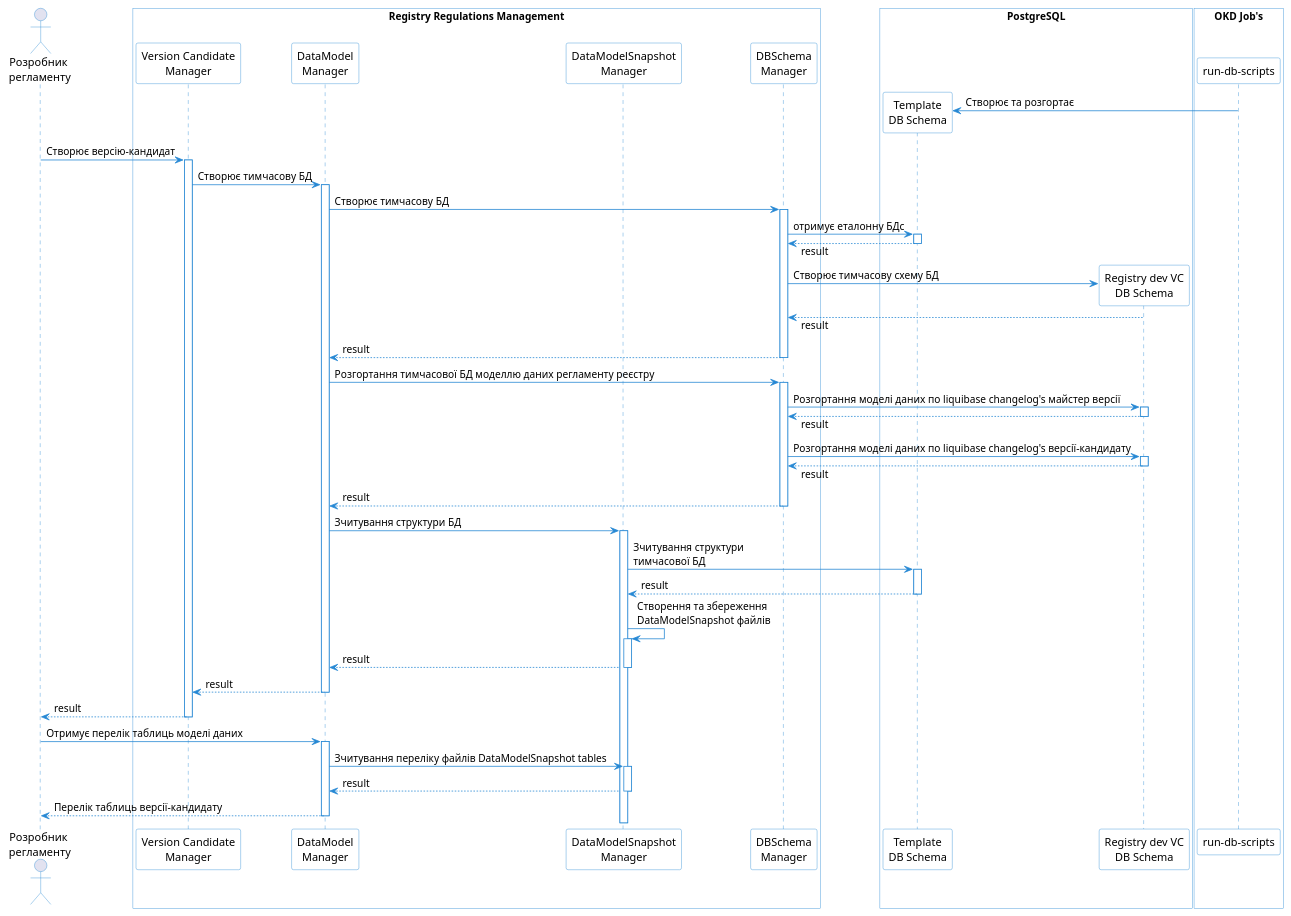
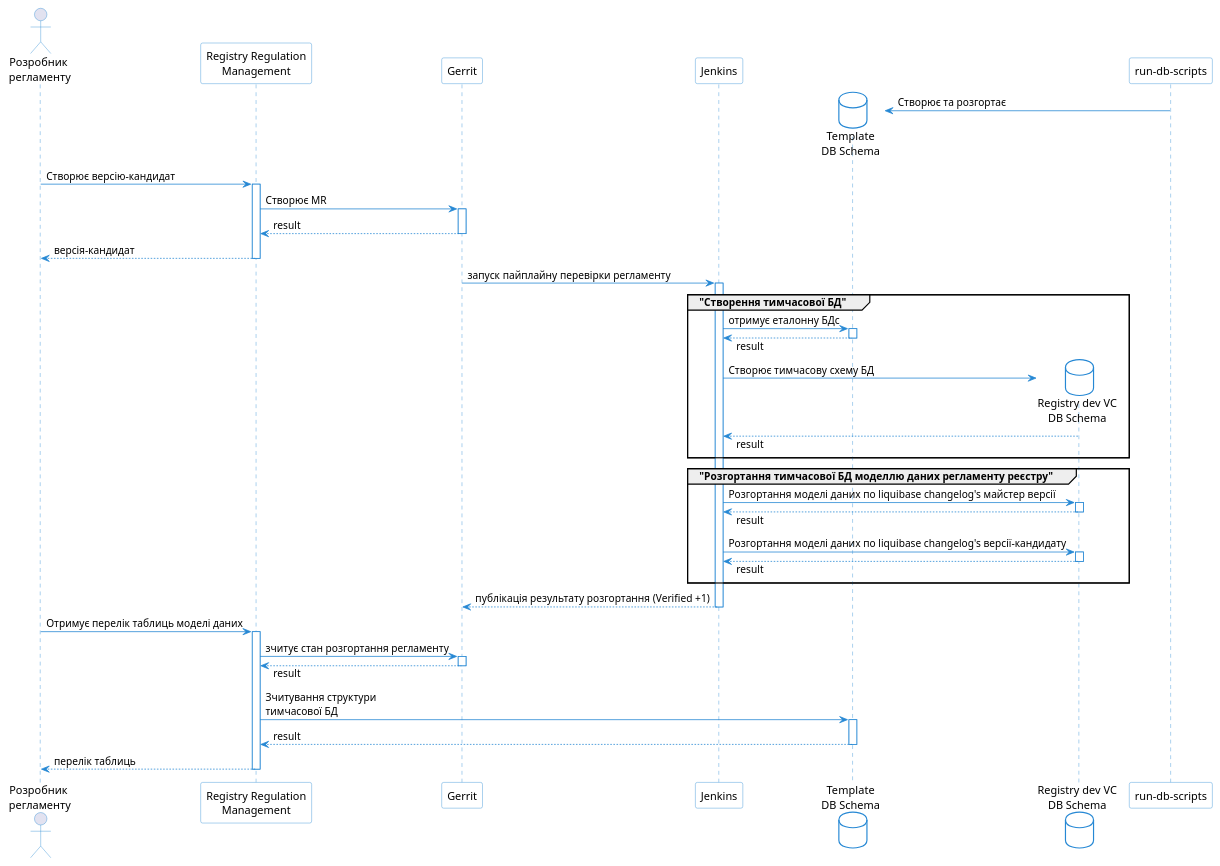
One commit to epam/edp-ddm-architecture changed the diagram in modules/arch/partials/architecture-workspace/platform-evolution/data-model-version-candidates/data-model-version-candidate-create-sequence.puml. Above: the diagram before and after it, drawn with PlantUML. The commit also changed 12 other files, not shown here.

Commit message:
[EDP-DDM-21858] Admin portal: change version-candidate data-model check approach

```diff
--- a/modules/arch/partials/architecture-workspace/platform-evolution/data-model-version-candidates/data-model-version-candidate-create-sequence.puml
+++ b/modules/arch/partials/architecture-workspace/platform-evolution/data-model-version-candidates/data-model-version-candidate-create-sequence.puml
@@ -1,81 +1,77 @@
 @startuml
 
 autoactivate on
 
 skinparam shadowing false
 skinparam DatabaseBackgroundColor white
 skinparam DatabaseBorderColor #2688d4
 skinparam QueueBackgroundColor white
 skinparam QueueBorderColor #2688d4
 skinparam NoteBackgroundColor white
 skinparam NoteBorderColor #2688d4
 skinparam sequence {
     ArrowColor #2688d4
     ActorBorderColor #2688d4
     LifeLineBorderColor #2688d4
     ParticipantBorderColor #2688d4
     ParticipantBackgroundColor white
     BoxBorderColor #2688d4
     BoxBackgroundColor white
 }
 
 skinparam responseMessageBelowArrow true
 
 actor "Розробник\n регламенту" as Dev
-'participant "Registry Regulations\nManagement" as RRM
 
+'box "Підсистема моделювання регламенту реєстру"
+  participant "Registry Regulation\nManagement" as rrm
+  participant "Gerrit" as gerrit
+'end box
 
-box "Registry Regulations Management"
-  participant "Version Candidate\nManager" as VCM
-  participant "DataModel\nManager" as TablesManager
-  participant "DataModelSnapshot\nManager" as SnapshotManager
-  participant "DBSchema\nManager" as DBSchemaManager
-end box
+'box "Підсистема розгортання регламенту реєстру"
+  participant "Jenkins" as jenkins
+'end box
 
+'box "PostgreSQL"
+  database "Template\nDB Schema" as TemplateDB
+  database "Registry dev VC\nDB Schema" as VCTemplateDB
+'end box
 
-box "PostgreSQL"
-  participant "Template\nDB Schema" as TemplateDB
-  participant "Registry dev VC\nDB Schema" as VCTemplateDB
-end box
-
-
-box "OKD Job's"
+'box "OKD Job's"
   participant "run-db-scripts" as OkdJob
-end box
+'end box
 
 OkdJob -> TemplateDB ** : Створює та розгортає
 
-'Create version candidate flow
-Dev -> VCM: Створює версію-кандидат
-  VCM -> TablesManager: Створює тимчасову БД
-    TablesManager -> DBSchemaManager: Створює тимчасову БД
-      DBSchemaManager -> TemplateDB: отримує еталонну БДc
-      DBSchemaManager <-- TemplateDB: result
-      DBSchemaManager -> VCTemplateDB ** : Створює тимчасову схему БД
-      DBSchemaManager <-- VCTemplateDB: result
-    DBSchemaManager --> TablesManager : result
+Dev -> rrm: Створює версію-кандидат
+  rrm -> gerrit: Створює MR
+  gerrit --> rrm: result
+rrm --> Dev: версія-кандидат
 
+gerrit -> jenkins: запуск пайплайну перевірки регламенту
 
-    TablesManager -> DBSchemaManager: Розгортання тимчасової БД моделлю даних регламенту реєстру
-      DBSchemaManager -> VCTemplateDB: Розгортання моделі даних по liquibase changelog's майстер версії
-      DBSchemaManager <-- VCTemplateDB: result
-      DBSchemaManager -> VCTemplateDB: Розгортання моделі даних по liquibase changelog's версії-кандидату
-      DBSchemaManager <-- VCTemplateDB: result
-    DBSchemaManager --> TablesManager: result
+  group "Створення тимчасової БД"
+    jenkins -> TemplateDB: отримує еталонну БДc
+    jenkins <-- TemplateDB: result
+    jenkins -> VCTemplateDB ** : Створює тимчасову схему БД
+    jenkins <-- VCTemplateDB: result
+  end group
 
-    TablesManager -> SnapshotManager: Зчитування структури БД
-      SnapshotManager -> TemplateDB: Зчитування структури\nтимчасової БД
-      TemplateDB --> SnapshotManager: result
-      SnapshotManager -> SnapshotManager: Створення та збереження\nDataModelSnapshot файлів
-    SnapshotManager --> TablesManager: result
+  group "Розгортання тимчасової БД моделлю даних регламенту реєстру"
+    jenkins -> VCTemplateDB: Розгортання моделі даних по liquibase changelog's майстер версії
+    jenkins <-- VCTemplateDB: result
+    jenkins -> VCTemplateDB: Розгортання моделі даних по liquibase changelog's версії-кандидату
+    jenkins <-- VCTemplateDB: result
+  end group
 
-  TablesManager --> VCM: result
+jenkins --> gerrit: публікація результату розгортання (Verified +1)
 
-VCM --> Dev: result
+Dev -> rrm: Отримує перелік таблиць моделі даних
+  rrm -> gerrit: зчитує стан розгортання регламенту
+  rrm <-- gerrit: result
 
-Dev -> TablesManager: Отримує перелік таблиць моделі даних
-  TablesManager -> SnapshotManager: Зчитування переліку файлів DataModelSnapshot tables
-  SnapshotManager --> TablesManager: result
-TablesManager --> Dev: Перелік таблиць версії-кандидату
+  rrm -> TemplateDB: Зчитування структури\nтимчасової БД
+  TemplateDB --> rrm: result
+rrm --> Dev: перелік таблиць
 
 @enduml
```
